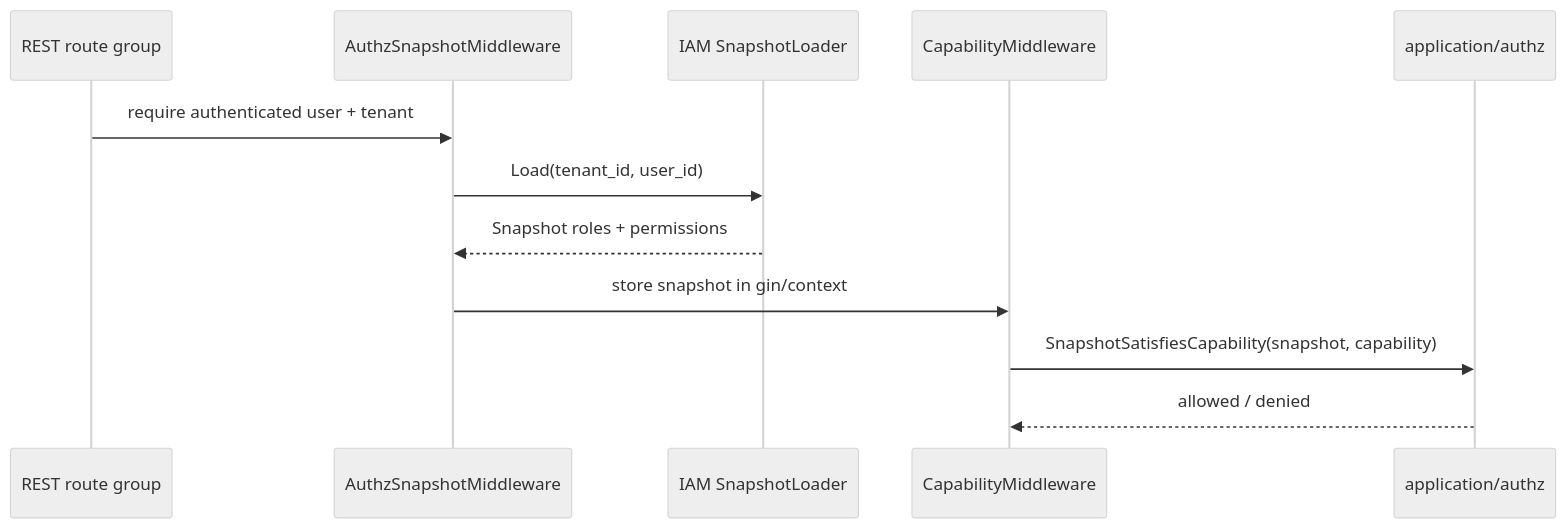
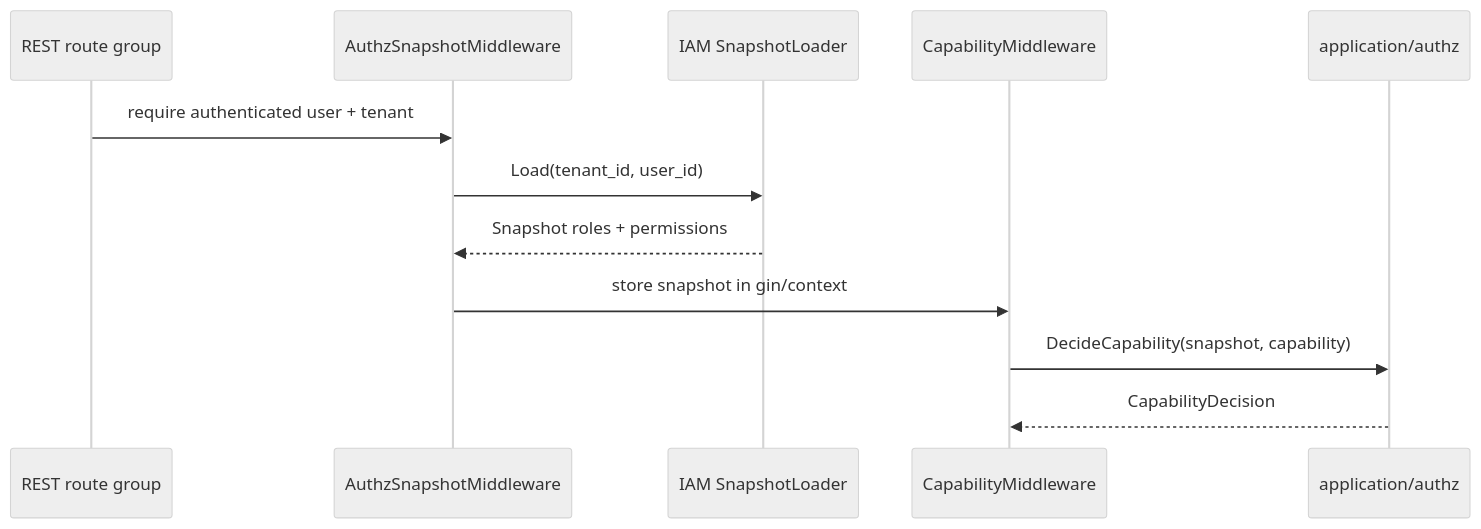
The first of 2 diagrams in docs/03-基础设施/security/02-AuthzSnapshot与CapabilityDecision.md (FangcunMount/qs-server), drawn with Mermaid (neutral theme) before and after one commit. The commit also changed other lines of this file and 27 other files, not shown here.

````diff
--- a/docs/03-基础设施/security/02-AuthzSnapshot与CapabilityDecision.md
+++ b/docs/03-基础设施/security/02-AuthzSnapshot与CapabilityDecision.md
@@ -17,15 +17,15 @@
 ```mermaid
 sequenceDiagram
     participant R as REST route group
     participant M as AuthzSnapshotMiddleware
     participant IAM as IAM SnapshotLoader
     participant C as CapabilityMiddleware
     participant A as application/authz
 
     R->>M: require authenticated user + tenant
     M->>IAM: Load(tenant_id, user_id)
     IAM-->>M: Snapshot roles + permissions
     M->>C: store snapshot in gin/context
-    C->>A: SnapshotSatisfiesCapability(snapshot, capability)
-    A-->>C: allowed / denied
+    C->>A: DecideCapability(snapshot, capability)
+    A-->>C: CapabilityDecision
 ```
````
